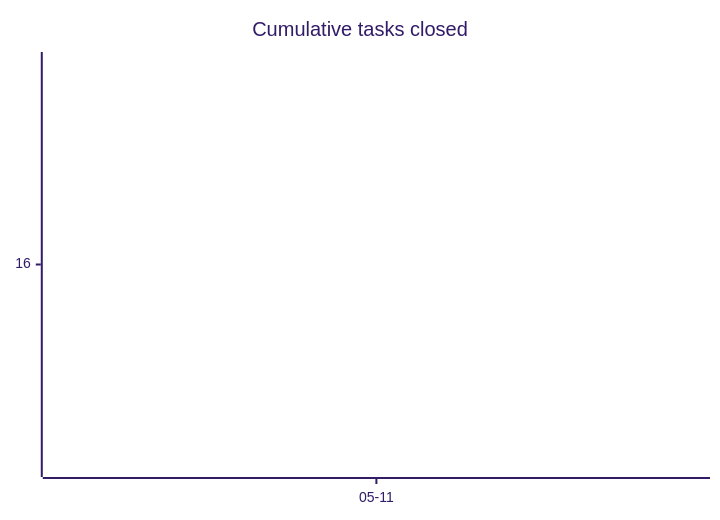
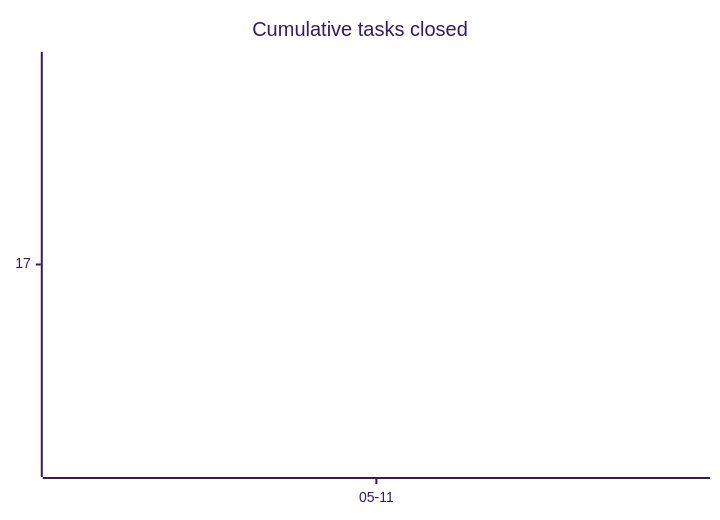
Before and after one commit to tgd1975/AwesomeGuitarPedal: the first of 3 diagrams in docs/developers/tasks/OVERVIEW.md, drawn with Mermaid (forest theme). The commit also changed other lines of this file and 6 other files, not shown here.

````diff
--- a/docs/developers/tasks/OVERVIEW.md
+++ b/docs/developers/tasks/OVERVIEW.md
@@ -22,6 +22,6 @@
 ```mermaid
 xychart-beta
     title "Cumulative tasks closed"
     x-axis ["05-11"]
-    line [16]
+    line [17]
 ```
````
